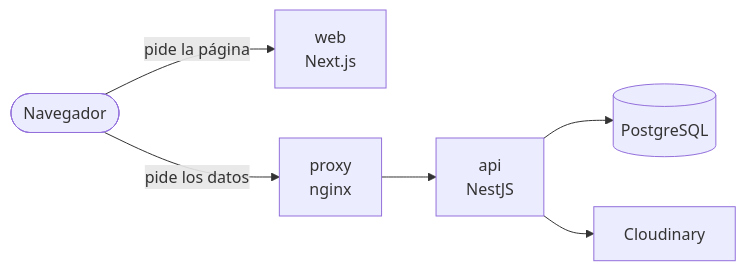
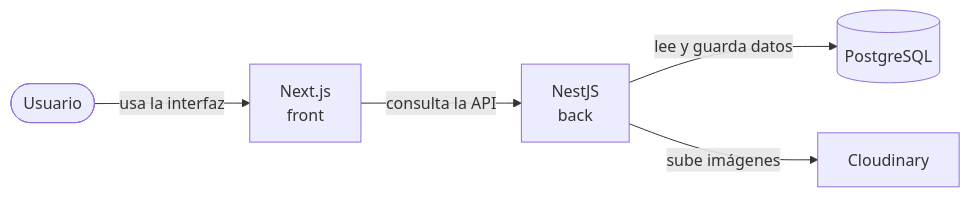
One commit to YerkoIturraHuenuman/cmpc-libros changed the first of 2 diagrams in README.md. Above: the diagram before and after it, drawn with Mermaid. The commit also changed other lines of this file, not shown here.

````diff
--- a/README.md
+++ b/README.md
@@ -63,7 +53,7 @@
 ```mermaid
 flowchart LR
-  user(["Navegador"]) -- "pide la página" --> web["web<br/>Next.js"]
-  user -- "pide los datos" --> proxy["proxy<br/>nginx"] --> api["api<br/>NestJS"]
-  api --> db[("PostgreSQL")]
-  api --> cloud["Cloudinary"]
+  user(["Usuario"]) -- "usa la interfaz" --> web["Next.js<br/>front"]
+  web -- "consulta la API" --> api["NestJS<br/>back"]
+  api -- "lee y guarda datos" --> db[("PostgreSQL")]
+  api -- "sube imágenes" --> cloud["Cloudinary"]
 ```
````
